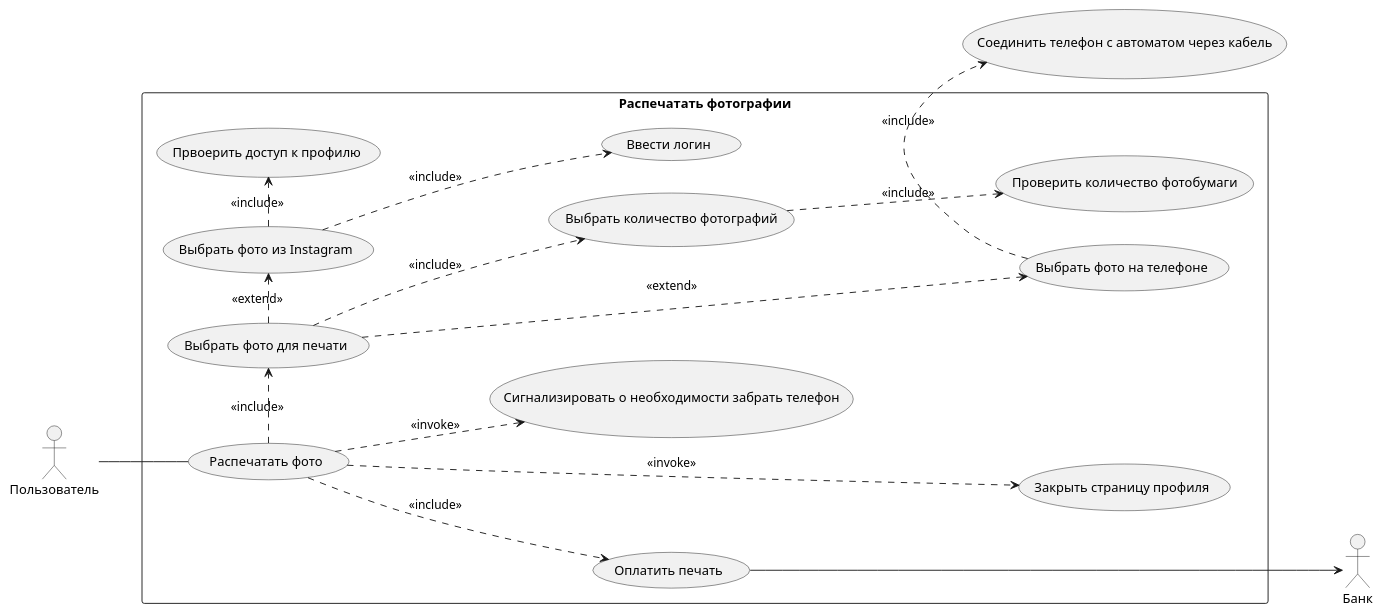
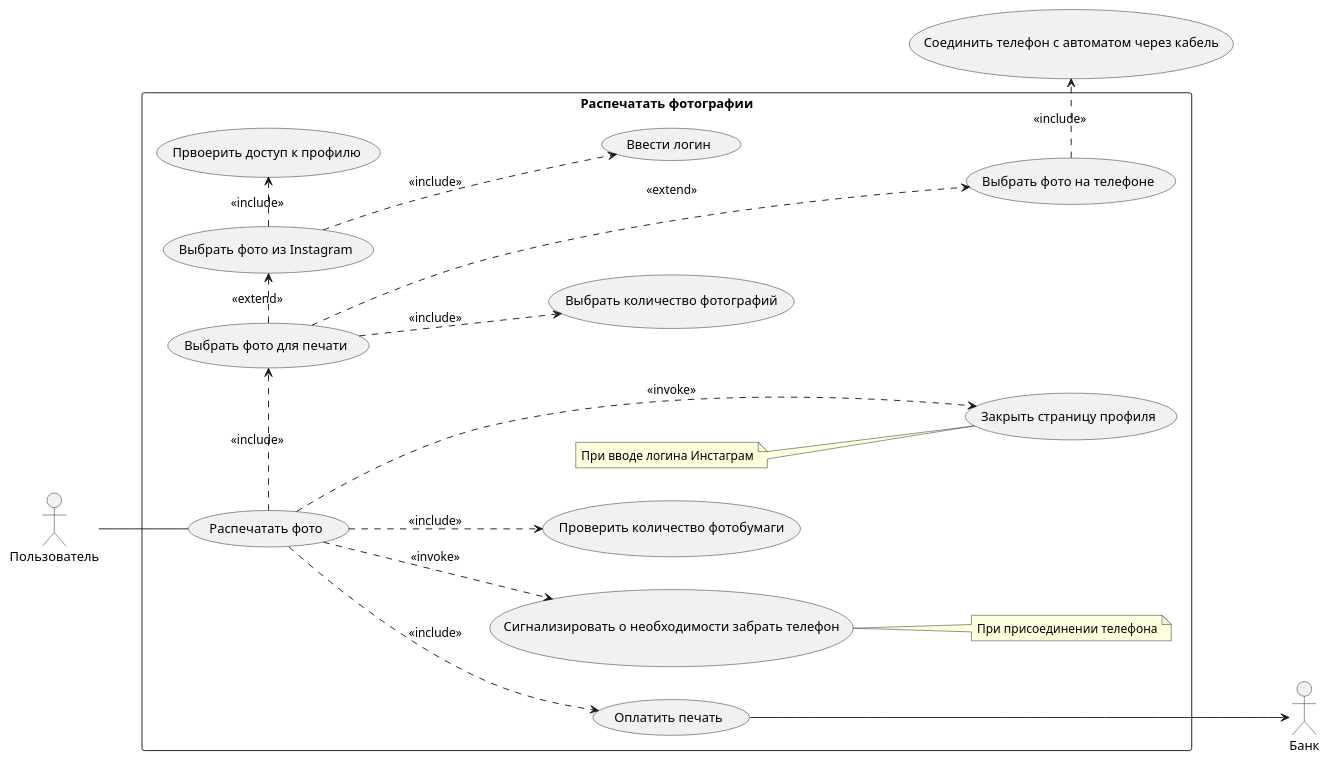
The diagram in Notes/Системная аналитика/Курсы от нетологии/Раздел 3. Анализ требований/Итоговая работа по модулю.md (PopkovAYu/Notes), drawn with PlantUML before and after one commit.

Commit message:
vault backup: 2024-04-30 16:10:27
Affected files:
Notes/Системная аналитика/Курсы от нетологии/Раздел 3. Анализ требований/Итоговая работа по модулю.md

````diff
--- a/Notes/Системная аналитика/Курсы от нетологии/Раздел 3. Анализ требований/Итоговая работа по модулю.md
+++ b/Notes/Системная аналитика/Курсы от нетологии/Раздел 3. Анализ требований/Итоговая работа по модулю.md
@@ -78,25 +78,31 @@
 ```plantuml
 @startuml
 actor Пользователь as user
 actor Банк as bank
 
 rectangle "Распечатать фотографии" {
 	left to right direction
 	
 	(Выбрать фото из Instagram) ..> (Ввести логин) : <<include>>
 	(Выбрать фото из Instagram) .> (Првоерить доступ к профилю) : <<include>>
 	(Выбрать фото для печати) ...> (Выбрать фото на телефоне) : <<extend>>
 	(Выбрать фото для печати) ..> (Выбрать количество фотографий) : <<include>>
-	(Выбрать количество фотографий) ..> (Проверить количество фотобумаги) : <<include>>
+	(Распечатать фото) ..> (Проверить количество фотобумаги) : <<include>>
 	(Выбрать фото для печати) .> (Выбрать фото из Instagram) : <<extend>>
 	(Распечатать фото) .> (Выбрать фото для печати) : <<include>>
 	user -- (Распечатать фото)
 	(Распечатать фото) ..> (Оплатить печать) : <<include>>
 	(Оплатить печать) ---> bank
-	(Распечатать фото) ...> (Закрыть страницу профиля) : <<invoke>> 
+	(Распечатать фото) ...> (Закрыть страницу профиля) : <<invoke>>
+	note left of (Закрыть страницу профиля)
+		При вводе логина Инстаграм
+	end note
 	(Распечатать фото) ..> (Сигнализировать о необходимости забрать телефон) : <<invoke>>
+	note right of (Сигнализировать о необходимости забрать телефон)
+		При присоединении телефона
+	end note  
 }
 
 (Выбрать фото на телефоне) .> (Соединить телефон с автоматом через кабель) : <<include>>
 @enduml
 ```
````
